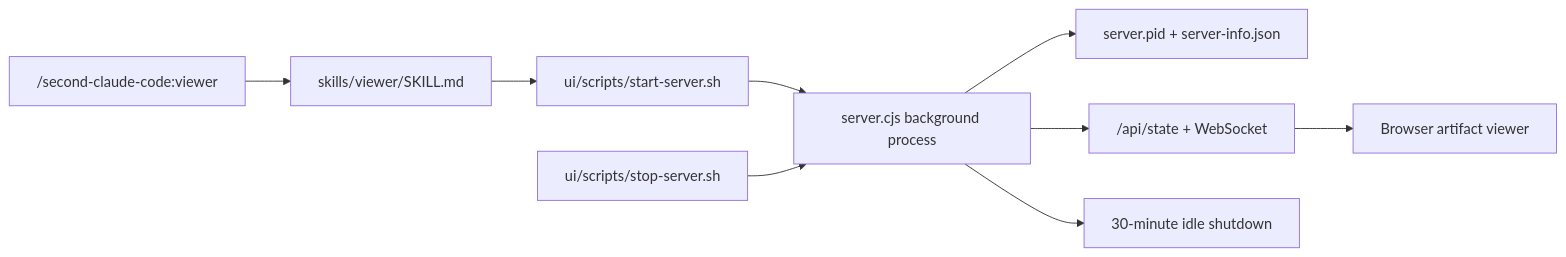
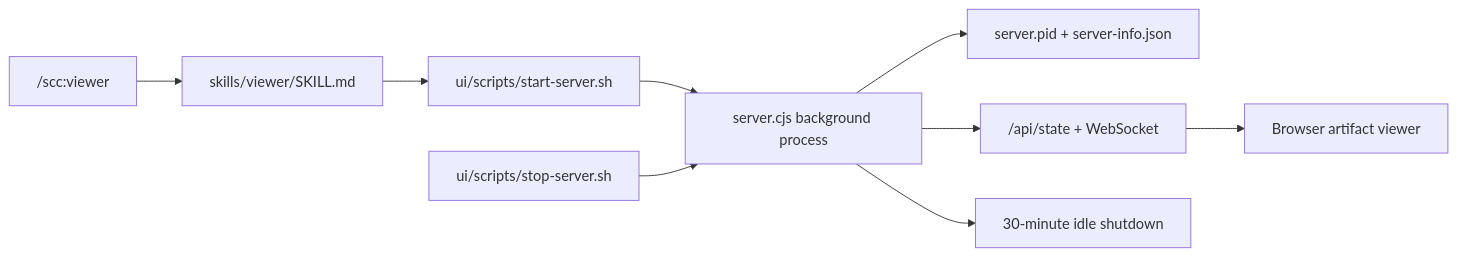
The second of 2 diagrams in docs/architecture.md (unclejobs-ai/second-claude-code), drawn with Mermaid before and after one commit. The commit also changed other lines of this file and 123 other files, not shown here.

````diff
--- a/docs/architecture.md
+++ b/docs/architecture.md
@@ -221,11 +221,11 @@
 ```mermaid
 flowchart LR
-    CMD["/second-claude-code:viewer"] --> SKILL[skills/viewer/SKILL.md]
+    CMD["/scc:viewer"] --> SKILL[skills/viewer/SKILL.md]
     SKILL --> START[ui/scripts/start-server.sh]
     START --> SERVER[server.cjs background process]
     SERVER --> META[server.pid + server-info.json]
     SERVER --> API["/api/state + WebSocket"]
     API --> UI[Browser artifact viewer]
     STOP[ui/scripts/stop-server.sh] --> SERVER
     SERVER --> IDLE[30-minute idle shutdown]
 ```
````
